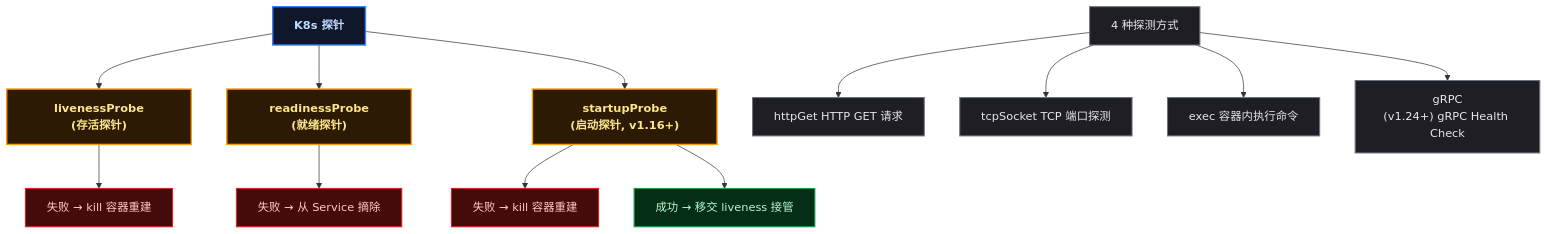
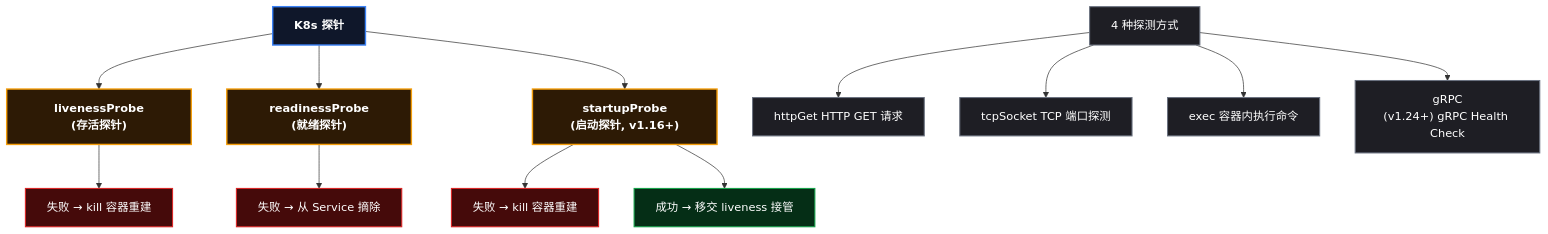
Before and after one commit to yaocat55/yaocat55.github.io: the first of 5 diagrams in content/posts/kubernetes/PodSurvivalGuide.md, drawn with Mermaid. The commit also changed other lines of this file and 27 other files, not shown here.

Commit message:
docs: 全系列 93 张 Mermaid 图 classDef 改为 style 强制深底白字(修复部分渲染器白底浅字)+历史文件格式清理

````diff
--- a/content/posts/kubernetes/PodSurvivalGuide.md
+++ b/content/posts/kubernetes/PodSurvivalGuide.md
@@ -76,33 +76,31 @@
 ```mermaid
 flowchart TD
   PROBE["K8s 探针"]
   PROBE --> L["livenessProbe&#xa(存活探针)"]
   PROBE --> R["readinessProbe&#xa(就绪探针)"]
   PROBE --> S["startupProbe&#xa(启动探针, v1.16+)"]
 
   L --> L_FAIL["失败 → kill 容器重建"]
   R --> R_FAIL["失败 → 从 Service 摘除"]
   S --> S_FAIL["失败 → kill 容器重建"]
   S --> S_OK["成功 → 移交 liveness 接管"]
 
   METHOD["4 种探测方式"]
   METHOD --> M1["httpGet&#xaHTTP GET 请求"]
   METHOD --> M2["tcpSocket&#xaTCP 端口探测"]
   METHOD --> M3["exec&#xa容器内执行命令"]
   METHOD --> M4["gRPC&#xa(v1.24+) gRPC Health Check"]
-
-classDef probe fill:#0f172a,stroke:#3b82f6,stroke-width:2px,color:#bfdbfe,font-weight:bold;
-  class PROBE probe
-
-classDef three fill:#2d1a05,stroke:#f59e0b,stroke-width:2px,color:#fde68a,font-weight:bold;
-  class L,R,S three
-
-classDef fail fill:#450a0a,stroke:#dc2626,stroke-width:1.5px,color:#fecaca;
-  class L_FAIL,R_FAIL,S_FAIL fail
-
-classDef ok fill:#052e16,stroke:#16a34a,stroke-width:1.5px,color:#bbf7d0;
-  class S_OK ok
-
-classDef method fill:#1e1e24,stroke:#6b7280,stroke-width:1.5px,color:#e5e7eb;
-  class METHOD,M1,M2,M3,M4 method
+    style PROBE fill:#0f172a,stroke:#3b82f6,stroke-width:2px,color:#ffffff,font-weight:bold
+    style L fill:#2d1a05,stroke:#f59e0b,stroke-width:2px,color:#ffffff,font-weight:bold
+    style R fill:#2d1a05,stroke:#f59e0b,stroke-width:2px,color:#ffffff,font-weight:bold
+    style S fill:#2d1a05,stroke:#f59e0b,stroke-width:2px,color:#ffffff,font-weight:bold
+    style L_FAIL fill:#450a0a,stroke:#dc2626,stroke-width:1.5px,color:#ffffff
+    style R_FAIL fill:#450a0a,stroke:#dc2626,stroke-width:1.5px,color:#ffffff
+    style S_FAIL fill:#450a0a,stroke:#dc2626,stroke-width:1.5px,color:#ffffff
+    style S_OK fill:#052e16,stroke:#16a34a,stroke-width:1.5px,color:#ffffff
+    style METHOD fill:#1e1e24,stroke:#6b7280,stroke-width:1.5px,color:#ffffff
+    style M1 fill:#1e1e24,stroke:#6b7280,stroke-width:1.5px,color:#ffffff
+    style M2 fill:#1e1e24,stroke:#6b7280,stroke-width:1.5px,color:#ffffff
+    style M3 fill:#1e1e24,stroke:#6b7280,stroke-width:1.5px,color:#ffffff
+    style M4 fill:#1e1e24,stroke:#6b7280,stroke-width:1.5px,color:#ffffff
 ```
````
